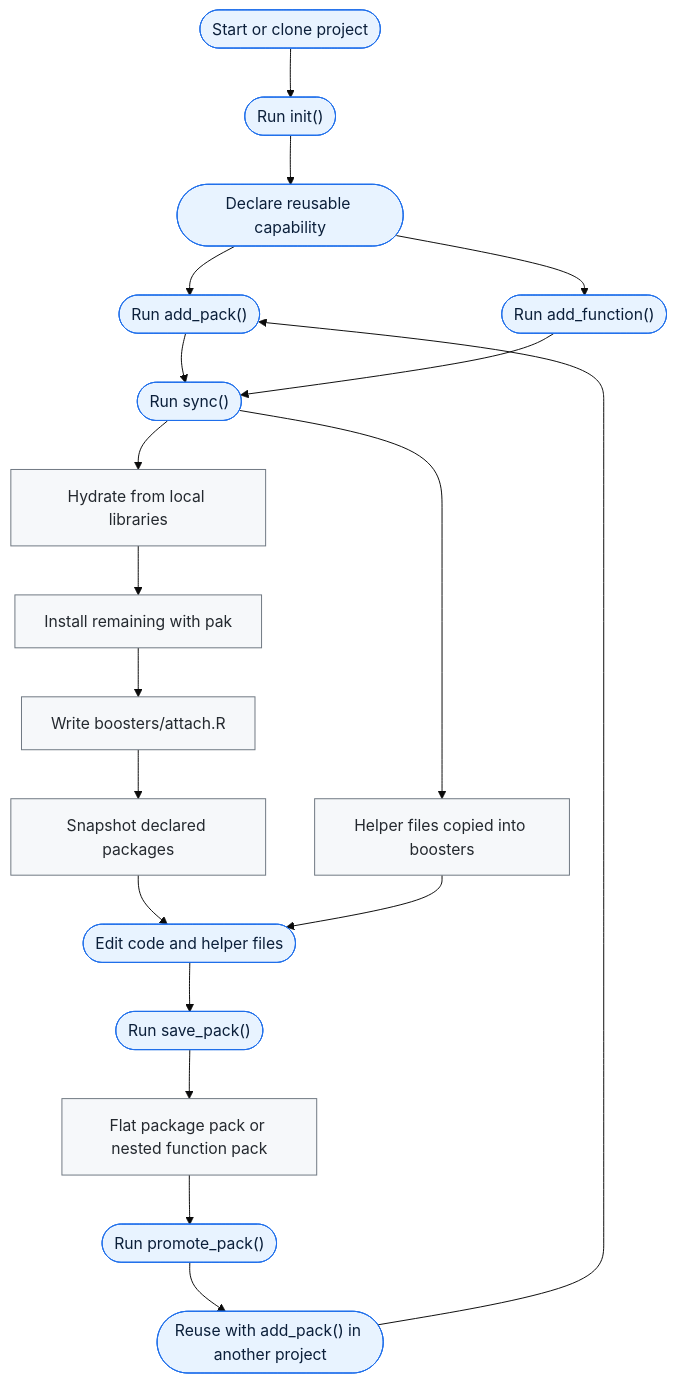
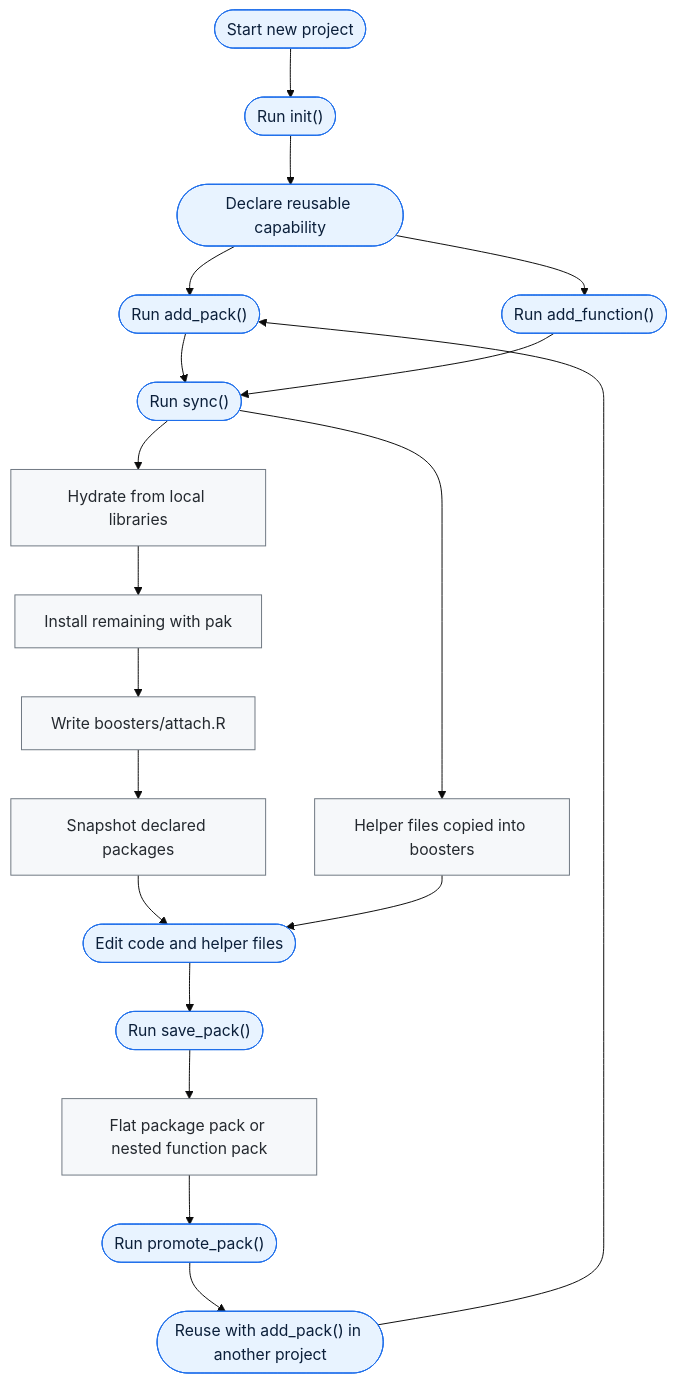
The diagram in README.md (seanthimons/boosterpak), drawn with Mermaid (base theme) before and after one commit. The commit also changed other lines of this file and 1 other file, not shown here.

Commit message:
docs: fix clone restore flowchart

````diff
--- a/README.md
+++ b/README.md
@@ -128,26 +128,26 @@
 ```mermaid
 flowchart TD
-  A([Start or clone project]) --> B(["Run init()"])
+  A([Start new project]) --> B(["Run init()"])
   B --> C([Declare reusable capability])
   C --> D(["Run add_pack()"])
   C --> E(["Run add_function()"])
   D --> F(["Run sync()"])
   E --> F
   F --> G[Hydrate from local libraries]
   G --> H[Install remaining with pak]
   H --> A1[Write boosters/attach.R]
   A1 --> I[Snapshot declared packages]
   F --> J[Helper files copied into boosters]
   I --> K([Edit code and helper files])
   J --> K
   K --> L(["Run save_pack()"])
   L --> M[Flat package pack or nested function pack]
   M --> N(["Run promote_pack()"])
   N --> O(["Reuse with add_pack() in another project"])
   O --> D
 
   classDef userAction fill:#e8f3ff,stroke:#1f6feb,color:#0b1f3a;
   classDef packageAction fill:#f6f8fa,stroke:#6e7781,color:#24292f;
   class A,B,C,D,E,F,K,L,N,O userAction;
   class G,H,A1,I,J,M packageAction;
 ```
````
